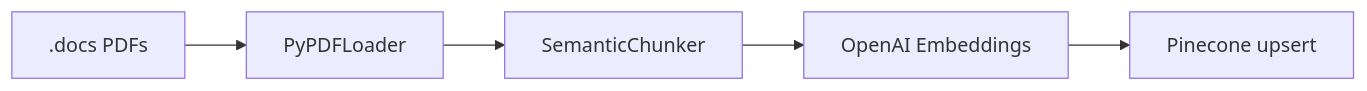
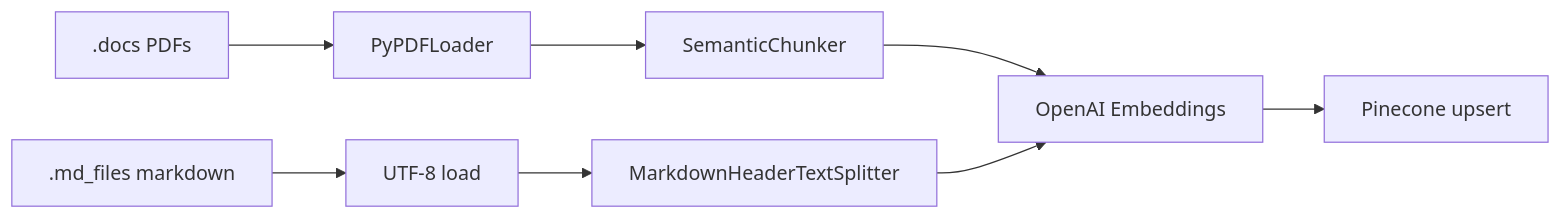
Before and after one commit to giorgosfatouros/humaine-swarm: the diagram in docs/developers/05-data-injection.md, drawn with Mermaid. The commit also changed other lines of this file and 1 other file, not shown here.

First line of the commit message:
feat(rag): ingest HAIC markdown from .md_files into Pinecone

````diff
--- a/docs/developers/05-data-injection.md
+++ b/docs/developers/05-data-injection.md
@@ -9,7 +14,10 @@
 ```mermaid
 flowchart LR
-    PDFs[".docs PDFs"] --> Load[PyPDFLoader]
-    Load --> Chunk[SemanticChunker]
-    Chunk --> Embed[OpenAI Embeddings]
+    PDFs[".docs PDFs"] --> LoadPdf[PyPDFLoader]
+  MD[".md_files markdown"] --> LoadMd[UTF-8 load]
+    LoadPdf --> ChunkPdf[SemanticChunker]
+    LoadMd --> ChunkMd[MarkdownHeaderTextSplitter]
+    ChunkPdf --> Embed[OpenAI Embeddings]
+    ChunkMd --> Embed
     Embed --> Upsert[Pinecone upsert]
 ```
````
